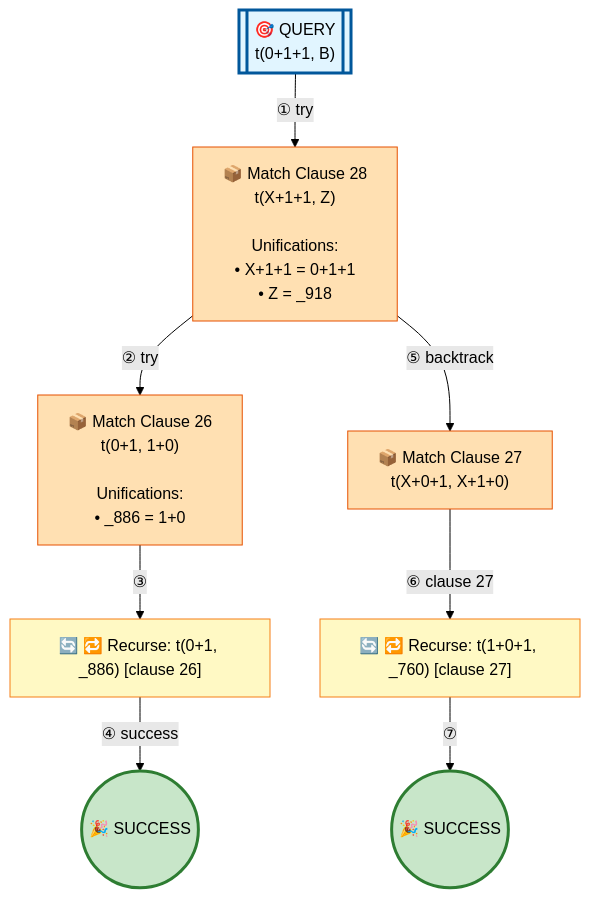
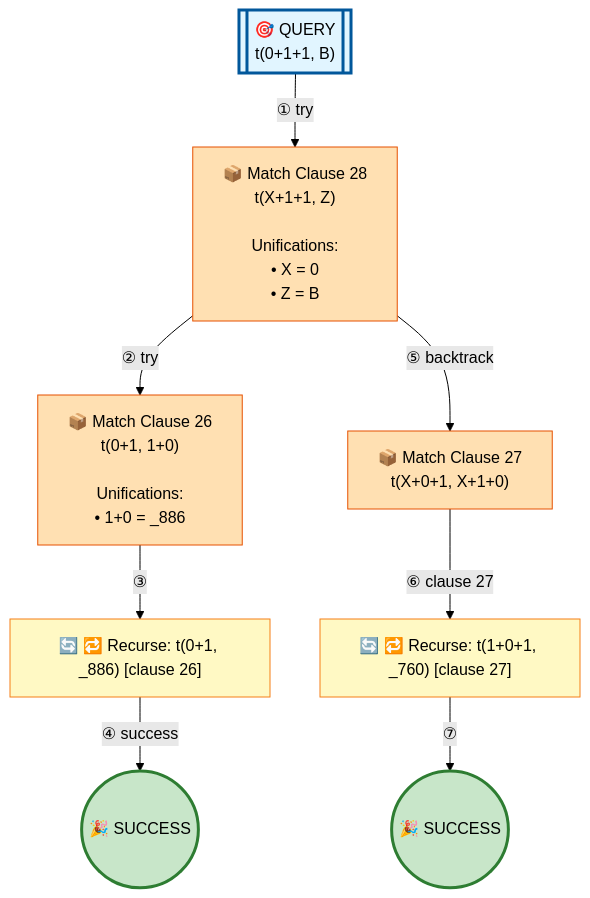
Before and after one commit to jarecsni/prolog-trace-viz: the diagram in examples/3_3_operators-detailed.md, drawn with Mermaid (forest theme). The commit also changed 17 other files, not shown here.

````diff
--- a/examples/3_3_operators-detailed.md
+++ b/examples/3_3_operators-detailed.md
@@ -19,32 +19,32 @@
 ```mermaid
 graph TD
 
 %% Nodes
 A[["🎯 QUERY<br/>t(0+1+1, B)"]]
-B["📦 Match Clause 28<br/>t(X+1+1, Z)<br/><br/>Unifications:<br/>• X+1+1 = 0+1+1<br/>• Z = _918"]
+B["📦 Match Clause 28<br/>t(X+1+1, Z)<br/><br/>Unifications:<br/>• X = 0<br/>• Z = B"]
 C["🔄 🔁 Recurse: t(0+1, _886) [clause 26]"]
-D["📦 Match Clause 26<br/>t(0+1, 1+0)<br/><br/>Unifications:<br/>• _886 = 1+0"]
+D["📦 Match Clause 26<br/>t(0+1, 1+0)<br/><br/>Unifications:<br/>• 1+0 = _886"]
 E(("🎉 SUCCESS"))
 F["📦 Match Clause 27<br/>t(X+0+1, X+1+0)"]
 G["🔄 🔁 Recurse: t(1+0+1, _760) [clause 27]"]
 H(("🎉 SUCCESS"))
 
 %% Edges
 A -->|"① try"| B
 B -->|"② try"| D
 D -->|"③"| C
 C -->|"④ success"| E
 B -->|"⑤ backtrack"| F
 F -->|"⑥ clause 27"| G
 G -->|"⑦"| H
 
 %% Styles
 style A fill:#e1f5ff,stroke:#01579b,stroke-width:3px
 style B fill:#ffe0b2,stroke:#e65100
 style C fill:#fff9c4,stroke:#f57f17
 style D fill:#ffe0b2,stroke:#e65100
 style E fill:#c8e6c9,stroke:#2e7d32,stroke-width:3px
 style F fill:#ffe0b2,stroke:#e65100
 style G fill:#fff9c4,stroke:#f57f17
 style H fill:#c8e6c9,stroke:#2e7d32,stroke-width:3px
 ```
````
